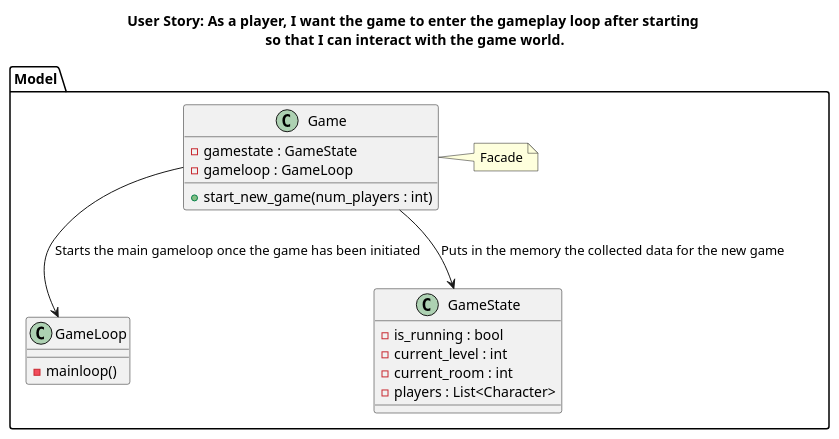
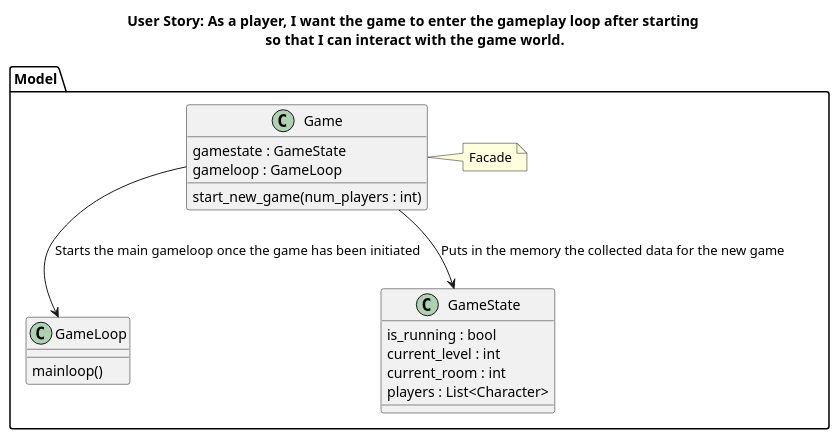
One commit to FalconQty/Team8 changed the diagram in design patterns/start_new_game/to_gameplay_loop.puml. Above: the diagram before and after it, drawn with PlantUML. The commit also changed 4 other files, not shown here.

```diff
--- a/design patterns/start_new_game/to_gameplay_loop.puml
+++ b/design patterns/start_new_game/to_gameplay_loop.puml
@@ -1,26 +1,26 @@
 @startuml
 title User Story: As a player, I want the game to enter the gameplay loop after starting\n so that I can interact with the game world.
 
 package "Model" {
   class Game {
-    - gamestate : GameState
-    - gameloop : GameLoop
-    + start_new_game(num_players : int)
+    gamestate : GameState
+    gameloop : GameLoop
+    start_new_game(num_players : int)
   }
   note right : Facade
 
   class GameLoop {
-    - mainloop()
+    mainloop()
   }
 
   class GameState {
-    - is_running : bool
-    - current_level : int
-    - current_room : int
-    - players : List<Character>
+    is_running : bool
+    current_level : int
+    current_room : int
+    players : List<Character>
   }
 }
 
 Game --> GameLoop : "Starts the main gameloop once the game has been initiated"
 Game --> GameState : "Puts in the memory the collected data for the new game"
 @enduml
```
